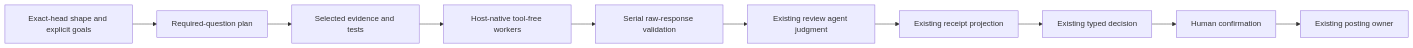
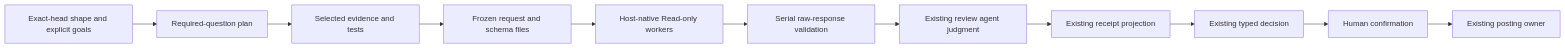
One commit to iamcxa/kc-claude-plugins changed the diagram in kc-pr-flow/docs/review-runtime.md. Above: the diagram before and after it, drawn with Mermaid. The commit also changed other lines of this file and 9 other files, not shown here.

Commit message:
fix(kc-pr-flow): hand native Lite workers frozen files

````diff
--- a/kc-pr-flow/docs/review-runtime.md
+++ b/kc-pr-flow/docs/review-runtime.md
@@ -341,8 +341,9 @@
 ```mermaid
 flowchart LR
   intake[Exact-head shape and explicit goals] --> plan[Required-question plan]
-  plan --> evidence[Selected evidence and tests] --> calls[Host-native tool-free workers]
+  plan --> evidence[Selected evidence and tests] --> files[Frozen request and schema files]
+  files --> calls[Host-native Read-only workers]
   calls --> collect[Serial raw-response validation] --> reviewer[Existing review agent judgment]
   reviewer --> receipt[Existing receipt projection] --> decision[Existing typed decision]
   decision --> confirm[Human confirmation] --> posting[Existing posting owner]
 ```
````
